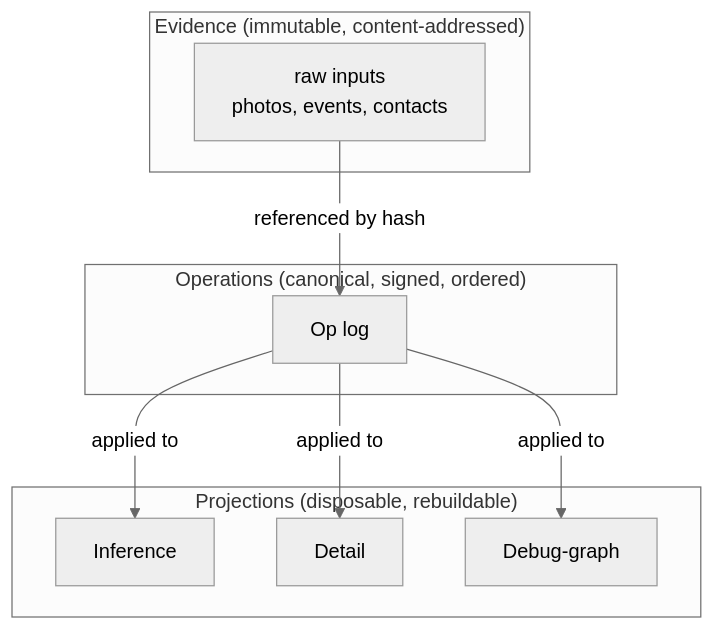
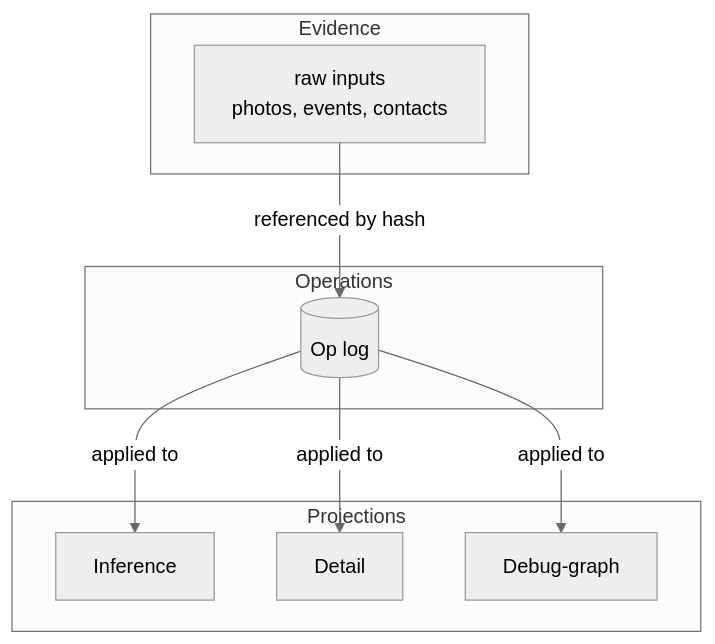
Before and after one commit to danielrmay/likewise: the diagram in docs/01-data-model.md, drawn with Mermaid (neutral theme).

Commit message:
docs/01-data-model: restore cylinder for Op log; shorten subgraph titles
The previous fix swapped the cylinder for a rectangle when the actual
clipping was caused by long subgraph titles wrapping behind their
inner nodes. Mermaid's subgraph layout doesn't reserve title space
when the inner content is wide. Trim titles to single words
(Evidence / Operations / Projections); the qualifiers (immutable,
content-addressed, etc.) belong in the prose alongside the diagram.

````diff
--- a/docs/01-data-model.md
+++ b/docs/01-data-model.md
@@ -11,18 +11,18 @@
 ```mermaid
 flowchart TD
-    subgraph L3 ["Projections (disposable, rebuildable)"]
+    subgraph L3 [Projections]
         Inf["Inference"]
         Detail["Detail"]
         Debug["Debug-graph"]
     end
-    subgraph L2 ["Operations (canonical, signed, ordered)"]
-        Ops["Op log"]
+    subgraph L2 [Operations]
+        Ops[("Op log")]
     end
-    subgraph L1 ["Evidence (immutable, content-addressed)"]
+    subgraph L1 [Evidence]
         Bytes["raw inputs<br/>photos, events, contacts"]
     end
     Bytes -- "referenced by hash" --> Ops
     Ops -- "applied to" --> Inf
     Ops -- "applied to" --> Detail
     Ops -- "applied to" --> Debug
 ```
````
